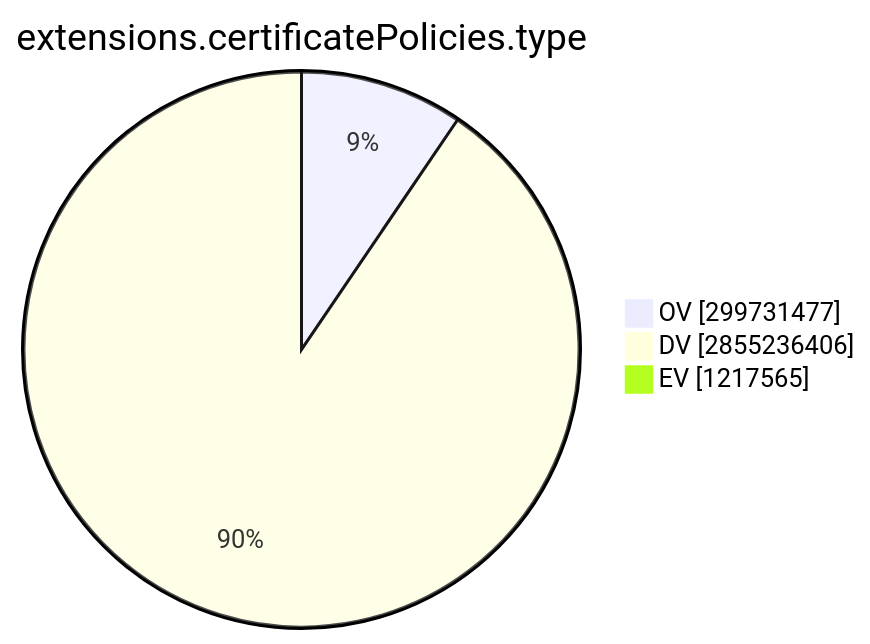
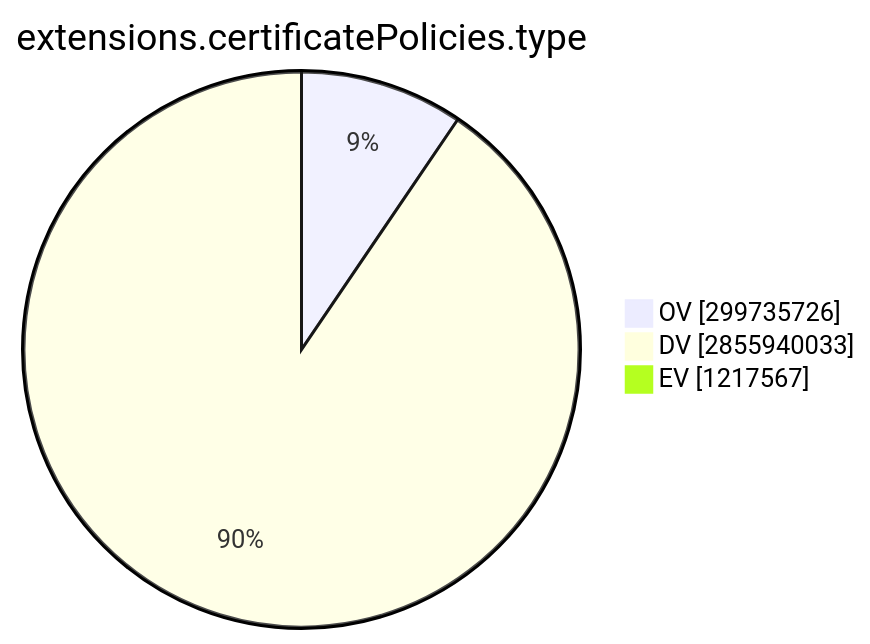
The ninth of 15 diagrams in TOTAL/README.md (christiankrug/ctmonitor_visualization), drawn with Mermaid before and after one commit. The commit also changed other lines of this file, not shown here.

````diff
--- a/TOTAL/README.md
+++ b/TOTAL/README.md
@@ -3101,7 +3101,7 @@
 ```mermaid
 pie showData
 title extensions.certificatePolicies.type
-"OV" :299731477
-"DV" :2855236406
-"EV" :1217565
+"OV" :299735726
+"DV" :2855940033
+"EV" :1217567
 ```
````
